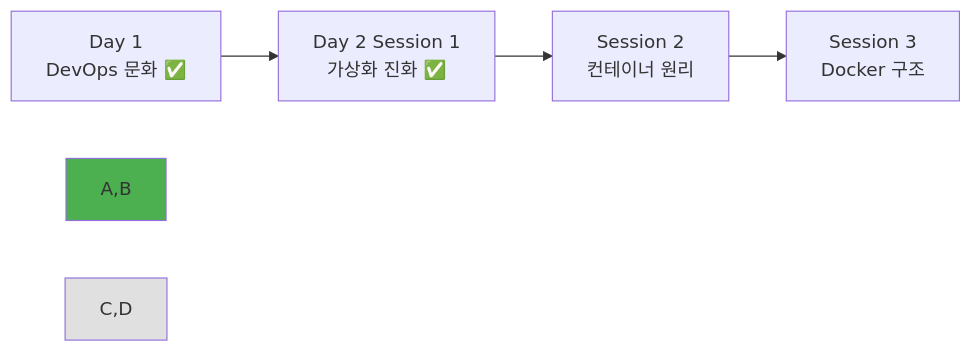
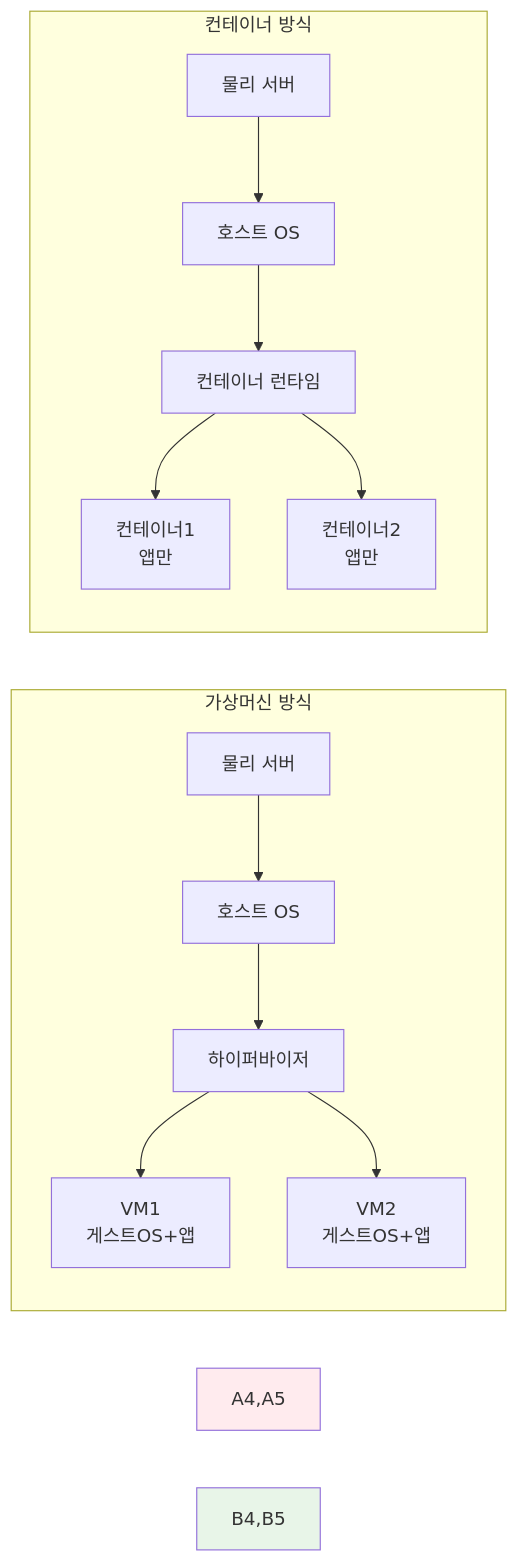
The fourth of 4 diagrams in theory/week_01/day2/session_1.md (niceguy61/kdt_devops_lecture_2025), drawn with Mermaid before and after one commit. The commit also changed other lines of this file and 26 other files, not shown here.

````diff
--- a/theory/week_01/day2/session_1.md
+++ b/theory/week_01/day2/session_1.md
@@ -251,9 +111,19 @@
 ```mermaid
 graph LR
-    A[Day 1<br/>DevOps 문화 ✅] --> B[Day 2 Session 1<br/>가상화 진화 ✅]
-    B --> C[Session 2<br/>컨테이너 원리]
-    C --> D[Session 3<br/>Docker 구조]
+    subgraph "가상머신 방식"
+        A1[물리 서버] --> A2[호스트 OS]
+        A2 --> A3[하이퍼바이저]
+        A3 --> A4[VM1<br/>게스트OS+앱]
+        A3 --> A5[VM2<br/>게스트OS+앱]
+    end
     
-    style A,B fill:#4caf50
-    style C,D fill:#e0e0e0
+    subgraph "컨테이너 방식"
+        B1[물리 서버] --> B2[호스트 OS]
+        B2 --> B3[컨테이너 런타임]
+        B3 --> B4[컨테이너1<br/>앱만]
+        B3 --> B5[컨테이너2<br/>앱만]
+    end
+    
+    style A4,A5 fill:#ffebee
+    style B4,B5 fill:#e8f5e8
 ```
````
